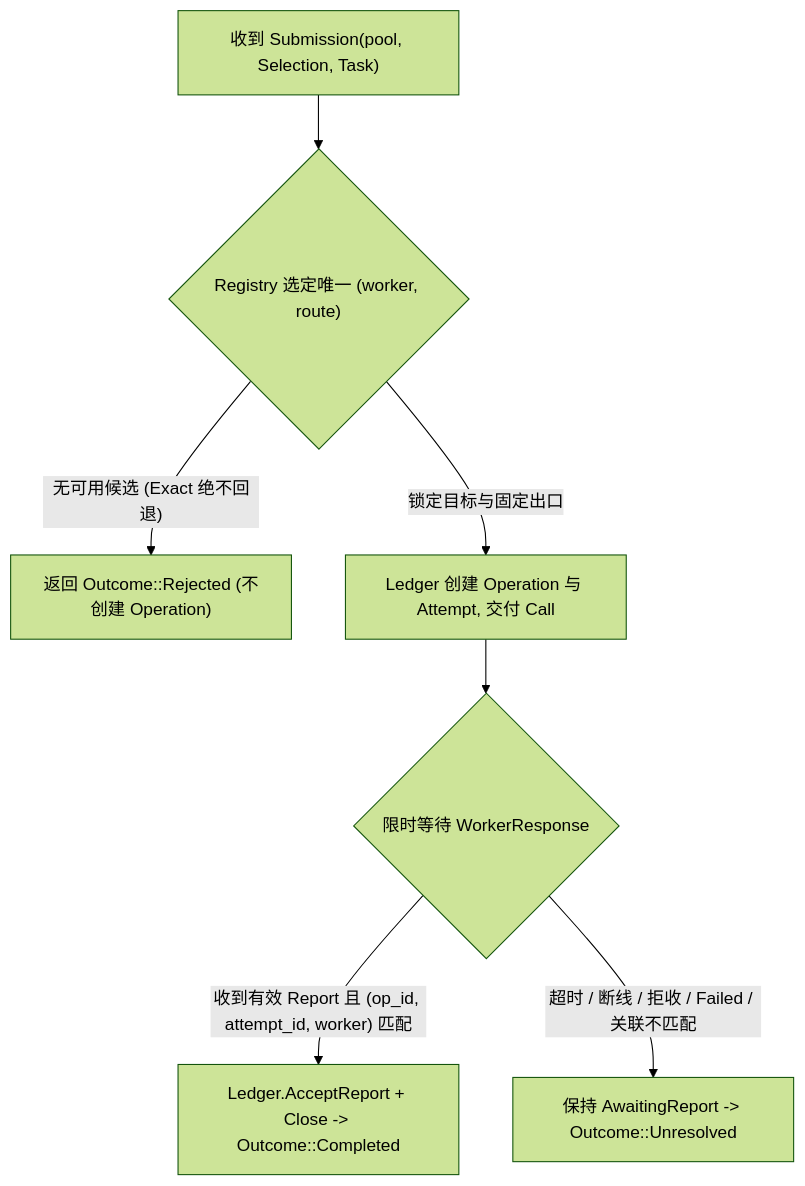
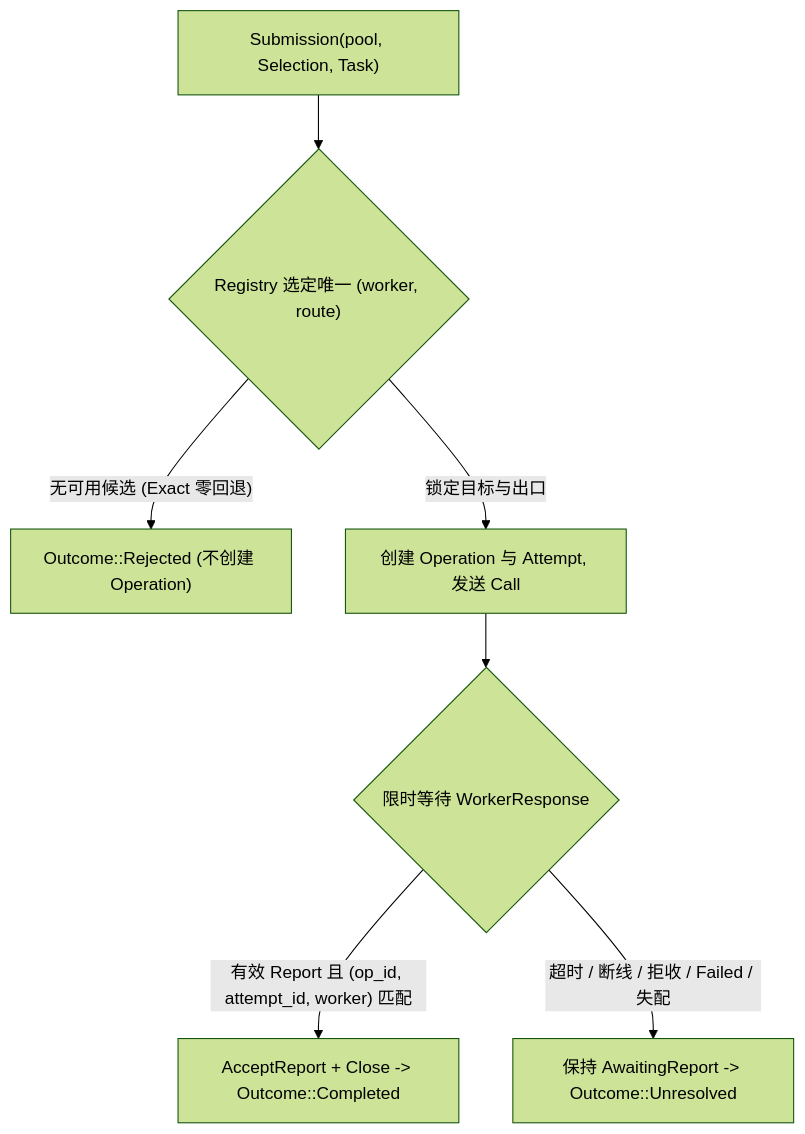
The third of 4 diagrams in spec/04-protocol.md (Everfold/Beamlet), drawn with Mermaid (forest theme) before and after one commit. The commit also changed other lines of this file and 8 other files, not shown here.

````diff
--- a/spec/04-protocol.md
+++ b/spec/04-protocol.md
@@ -55,9 +53,9 @@
 ```mermaid
 flowchart TD
-    Sub["收到 Submission(pool, Selection, Task)"] --> Sel{"Registry 选定唯一 (worker, route)"}
-    Sel -->|"无可用候选 (Exact 绝不回退)"| OutRej["返回 Outcome::Rejected (不创建 Operation)"]
-    Sel -->|"锁定目标与固定出口"| Mint["Ledger 创建 Operation 与 Attempt, 交付 Call"]
+    Sub["Submission(pool, Selection, Task)"] --> Sel{"Registry 选定唯一 (worker, route)"}
+    Sel -->|"无可用候选 (Exact 零回退)"| OutRej["Outcome::Rejected (不创建 Operation)"]
+    Sel -->|"锁定目标与出口"| Mint["创建 Operation 与 Attempt, 发送 Call"]
     Mint --> Wait{"限时等待 WorkerResponse"}
-    Wait -->|"收到有效 Report 且 (op_id, attempt_id, worker) 匹配"| Close["Ledger.AcceptReport + Close -> Outcome::Completed"]
-    Wait -->|"超时 / 断线 / 拒收 / Failed / 关联不匹配"| Unres["保持 AwaitingReport -> Outcome::Unresolved"]
+    Wait -->|"有效 Report 且 (op_id, attempt_id, worker) 匹配"| Close["AcceptReport + Close -> Outcome::Completed"]
+    Wait -->|"超时 / 断线 / 拒收 / Failed / 失配"| Unres["保持 AwaitingReport -> Outcome::Unresolved"]
 ```
````
